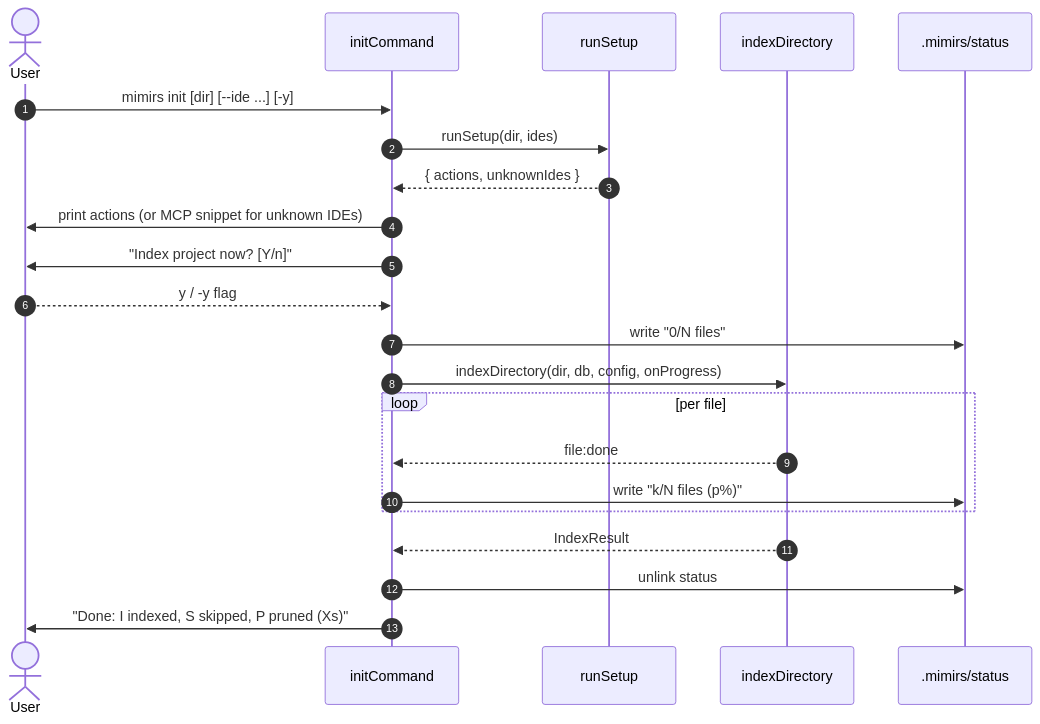
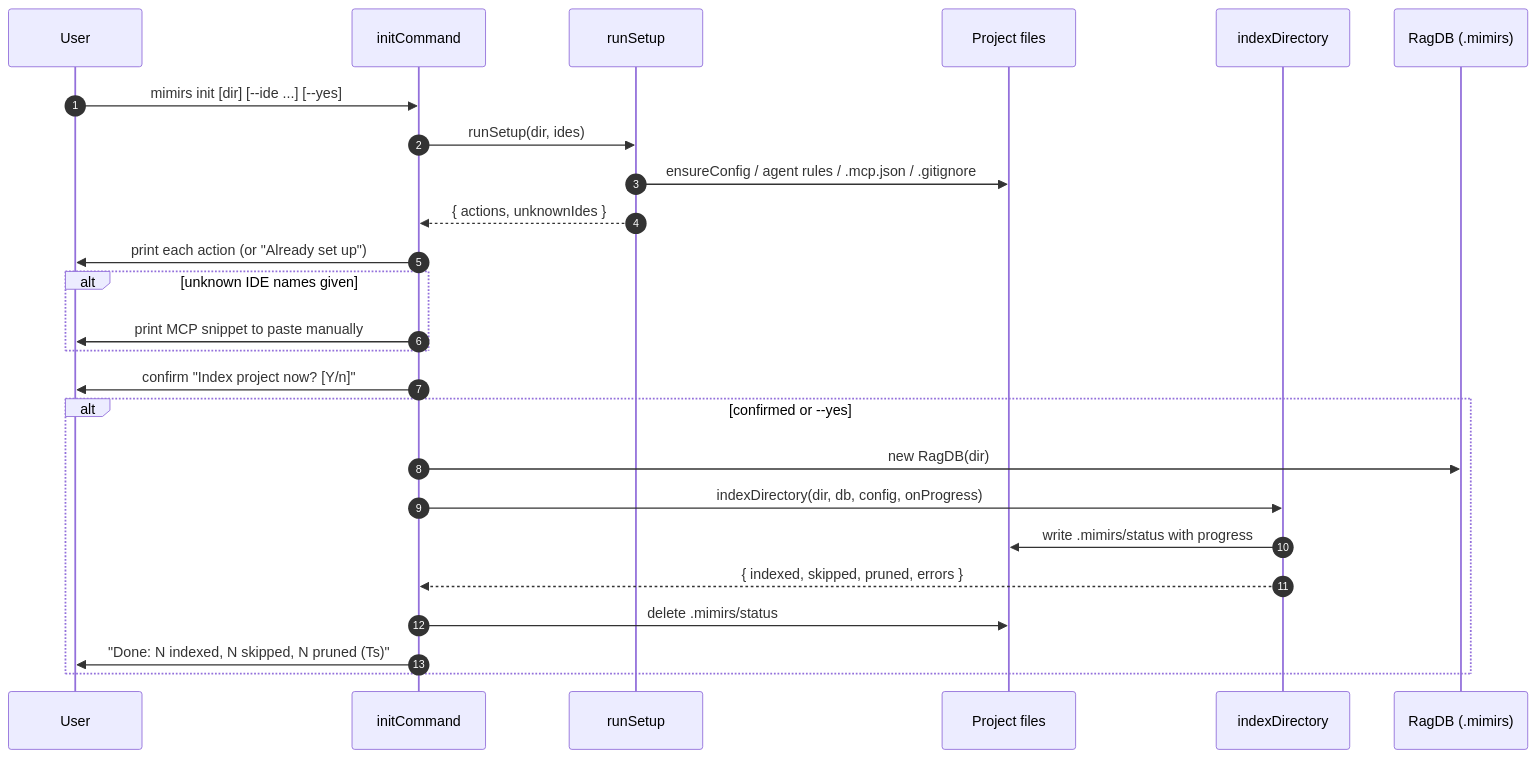
The diagram in wiki/cli/init.md (TheWinci/mimirs), drawn with Mermaid before and after one commit. The commit also changed other lines of this file and 52 other files, not shown here.

````diff
--- a/wiki/cli/init.md
+++ b/wiki/cli/init.md
@@ -9,25 +23,28 @@
 ```mermaid
 sequenceDiagram
     autonumber
-    actor User
+    participant User
     participant Init as initCommand
     participant Setup as runSetup
+    participant FS as Project files
     participant Indexer as indexDirectory
-    participant FS as .mimirs/status
+    participant DB as RagDB (.mimirs)
 
-    User->>Init: mimirs init [dir] [--ide ...] [-y]
+    User->>Init: mimirs init [dir] [--ide ...] [--yes]
     Init->>Setup: runSetup(dir, ides)
+    Setup->>FS: ensureConfig / agent rules / .mcp.json / .gitignore
     Setup-->>Init: { actions, unknownIdes }
-    Init->>User: print actions (or MCP snippet for unknown IDEs)
-    Init->>User: "Index project now? [Y/n]"
-    User-->>Init: y / -y flag
-    Init->>FS: write "0/N files"
-    Init->>Indexer: indexDirectory(dir, db, config, onProgress)
-    loop per file
-        Indexer-->>Init: file:done
-        Init->>FS: write "k/N files (p%)"
+    Init->>User: print each action (or "Already set up")
+    alt unknown IDE names given
+        Init->>User: print MCP snippet to paste manually
     end
-    Indexer-->>Init: IndexResult
-    Init->>FS: unlink status
-    Init->>User: "Done: I indexed, S skipped, P pruned (Xs)"
+    Init->>User: confirm "Index project now? [Y/n]"
+    alt confirmed or --yes
+        Init->>DB: new RagDB(dir)
+        Init->>Indexer: indexDirectory(dir, db, config, onProgress)
+        Indexer->>FS: write .mimirs/status with progress
+        Indexer-->>Init: { indexed, skipped, pruned, errors }
+        Init->>FS: delete .mimirs/status
+        Init->>User: "Done: N indexed, N skipped, N pruned (Ts)"
+    end
 ```
````
